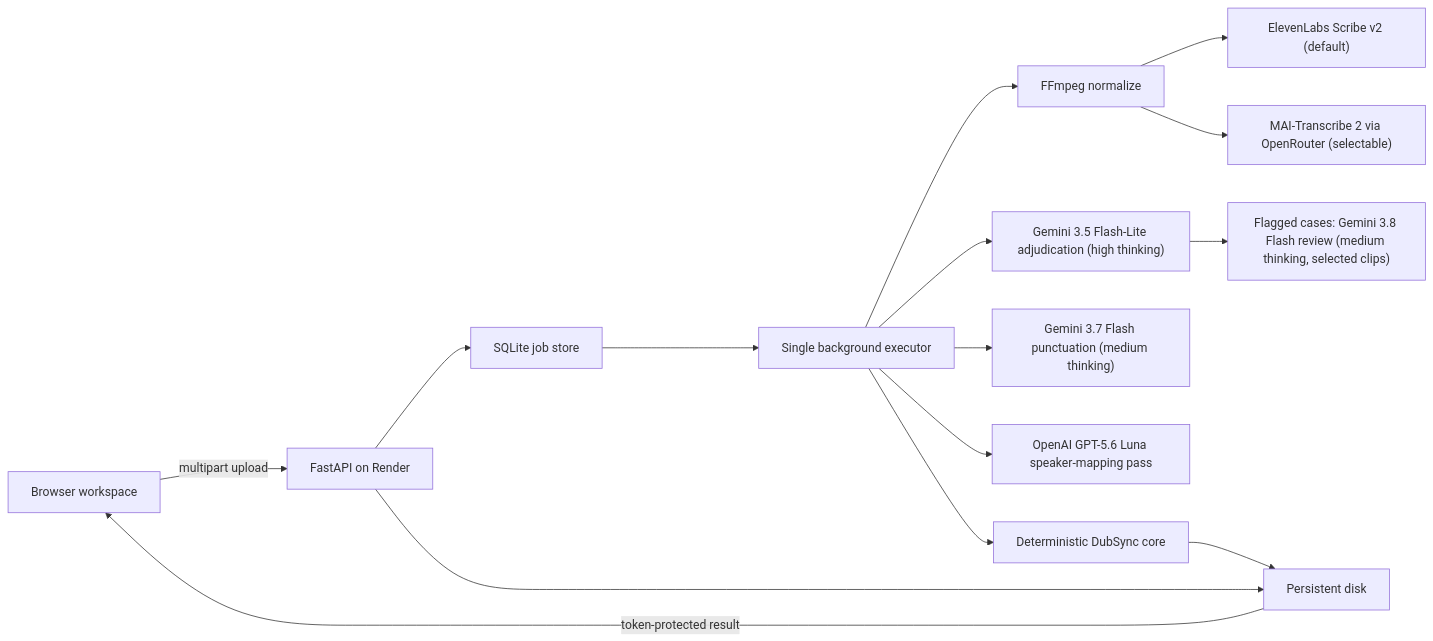
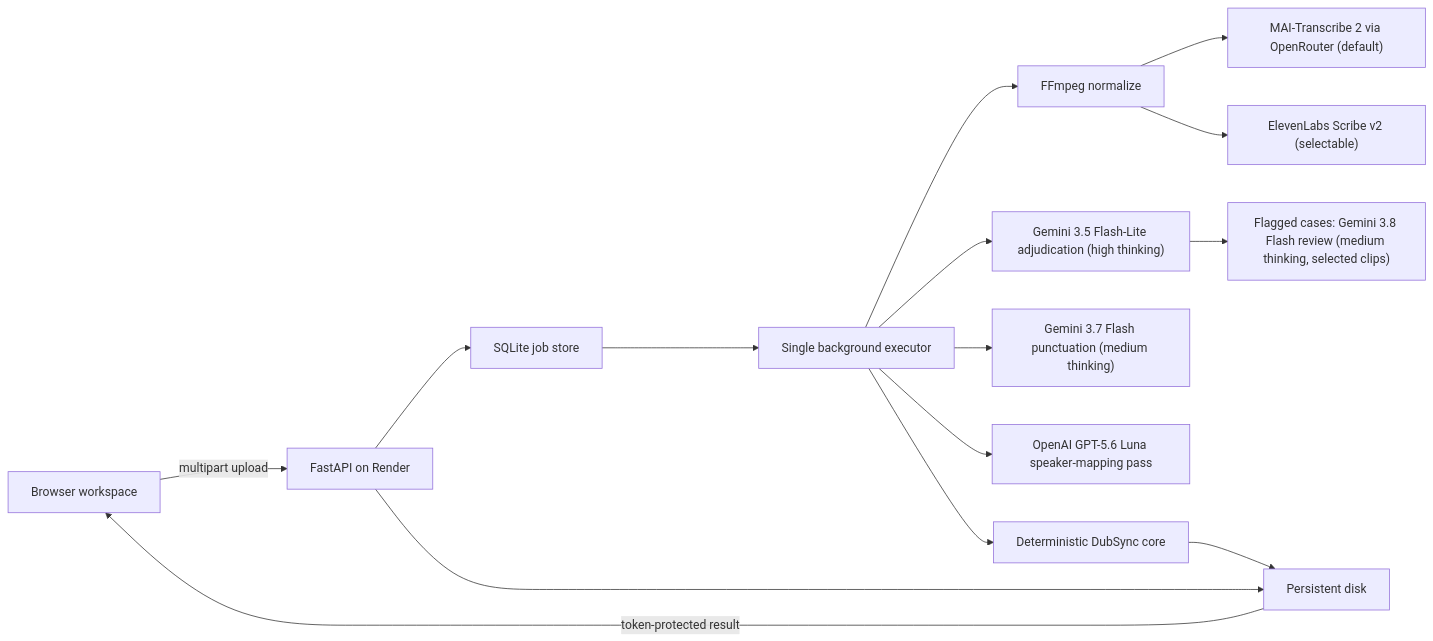
One commit to feelinglocal/DubSync changed the diagram in docs/COMMERCIAL_PLAN.md. Above: the diagram before and after it, drawn with Mermaid. The commit also changed other lines of this file and 15 other files, not shown here.

First line of the commit message:
feat: make MAI-Transcribe 2 the default model for new jobs

````diff
--- a/docs/COMMERCIAL_PLAN.md
+++ b/docs/COMMERCIAL_PLAN.md
@@ -62,17 +62,17 @@
 ```mermaid
 flowchart LR
     B["Browser workspace"] -->|"multipart upload"| A["FastAPI on Render"]
     A --> J["SQLite job store"]
     A --> D["Persistent disk"]
     J --> W["Single background executor"]
     W --> F["FFmpeg normalize"]
-    F --> E["ElevenLabs Scribe v2 (default)"]
-    F --> M["MAI-Transcribe 2 via OpenRouter (selectable)"]
+    F --> M["MAI-Transcribe 2 via OpenRouter (default)"]
+    F --> E["ElevenLabs Scribe v2 (selectable)"]
     W --> G["Gemini 3.5 Flash-Lite adjudication (high thinking)"]
     G --> R["Flagged cases: Gemini 3.8 Flash review (medium thinking, selected clips)"]
     W --> P["Gemini 3.7 Flash punctuation (medium thinking)"]
     W --> H["OpenAI GPT-5.6 Luna speaker-mapping pass"]
     W --> C["Deterministic DubSync core"]
     C --> D
     D -->|"token-protected result"| B
 ```
````
